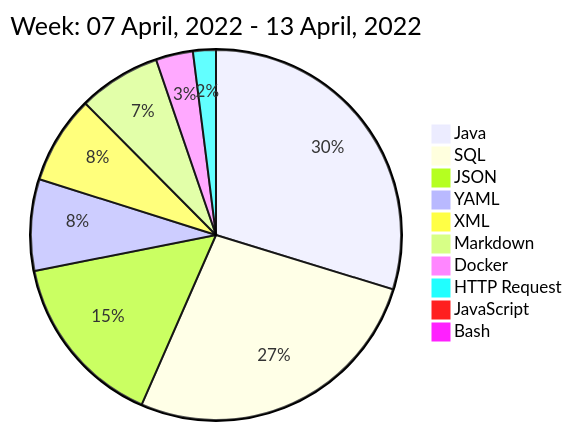
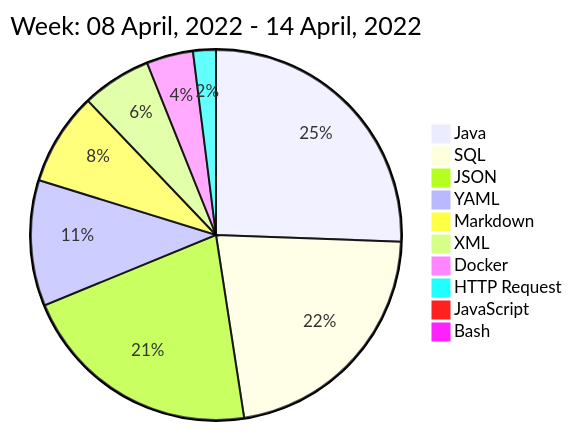
Before and after one commit to liubin95/liubin95: the diagram in README.md, drawn with Mermaid.

Commit message:
Updated the Graph with new Metrics

````diff
--- a/README.md
+++ b/README.md
@@ -40,14 +40,14 @@
 ```mermaid
  pie
-title Week: 07 April, 2022 - 13 April, 2022
- "Java" : 7.15
- "SQL" : 6.45
- "JSON" : 3.68
- "YAML" : 1.92
- "XML" : 1.85
- "Markdown" : 1.73
- "Docker" : 0.78
- "HTTP Request" : 0.48
+title Week: 08 April, 2022 - 14 April, 2022
+ "Java" : 5.78
+ "SQL" : 4.97
+ "JSON" : 4.8
+ "YAML" : 2.48
+ "Markdown" : 1.83
+ "XML" : 1.37
+ "Docker" : 0.92
+ "HTTP Request" : 0.45
  "JavaScript" : 0.07
  "Bash" : 0.03
 ```
````
